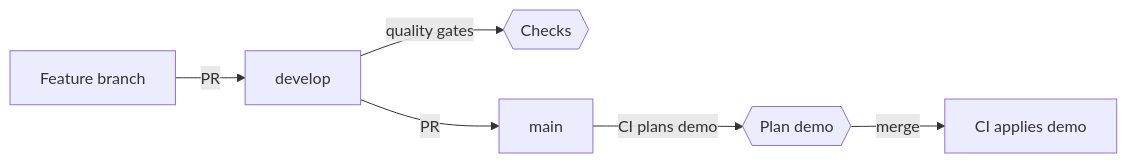
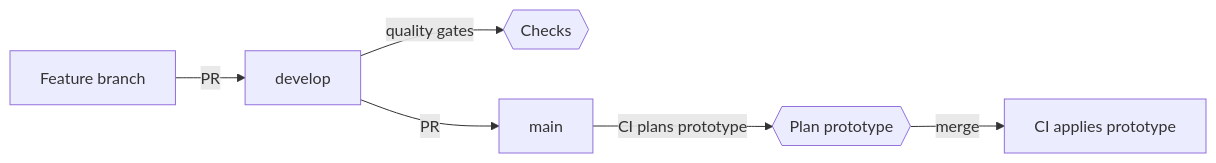
One commit to gafnts/factored-hackathon-2026-gafnts changed the diagram in CONTRIBUTING.md. Above: the diagram before and after it, drawn with Mermaid. The commit also changed other lines of this file and 15 other files, not shown here.

Commit message:
Rename the demo environment to prototype

````diff
--- a/CONTRIBUTING.md
+++ b/CONTRIBUTING.md
@@ -59,9 +59,9 @@
 ```mermaid
 flowchart LR
     feature[Feature branch] -->|PR| develop[develop]
     develop -->|quality gates| checks{{Checks}}
 
     develop -->|PR| main[main]
-    main -->|CI plans demo| planDemo{{Plan demo}}
-    planDemo -->|merge| applyDemo[CI applies demo]
+    main -->|CI plans prototype| planPrototype{{Plan prototype}}
+    planPrototype -->|merge| applyPrototype[CI applies prototype]
 ```
````
